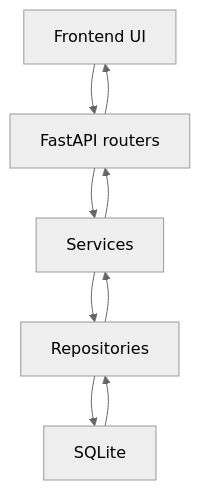
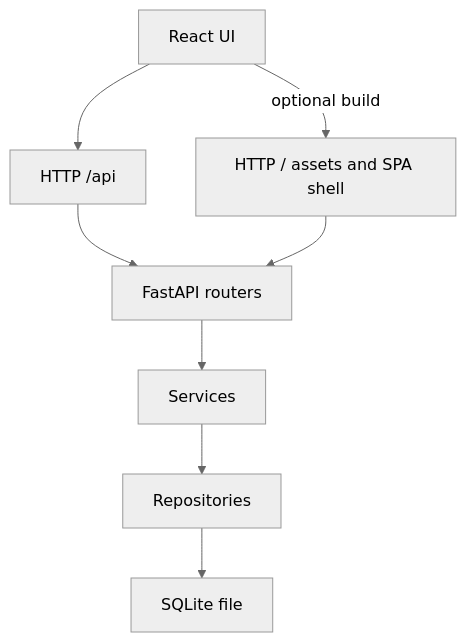
One commit to oernster/CommandDeck changed the diagram in ARCHITECTURE.md. Above: the diagram before and after it, drawn with Mermaid (neutral theme). The commit also changed other lines of this file and 1 other file, not shown here.

````diff
--- a/ARCHITECTURE.md
+++ b/ARCHITECTURE.md
@@ -116,11 +167,10 @@
 ```mermaid
 flowchart TD
-  UI[Frontend UI] --> API[FastAPI routers]
+  UI[React UI] --> HTTP[HTTP /api]
+  HTTP --> API[FastAPI routers]
   API --> SVC[Services]
   SVC --> REPO[Repositories]
-  REPO --> DB[SQLite]
-  DB --> REPO
-  REPO --> SVC
-  SVC --> API
-  API --> UI
+  REPO --> DB[SQLite file]
+  UI -->|optional build| STATIC[HTTP / assets and SPA shell]
+  STATIC --> API
 ```
````
